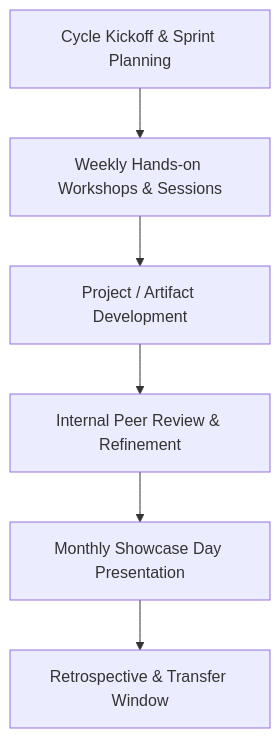
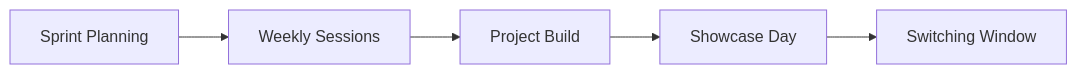
The diagram in 02-club-ecosystem/how-clubs-work.md (blxckpxnther46/Kalvium-X-Vels-Student-Clubs), drawn with Mermaid before and after one commit. The commit also changed other lines of this file and 63 other files, not shown here.

````diff
--- a/02-club-ecosystem/how-clubs-work.md
+++ b/02-club-ecosystem/how-clubs-work.md
@@ -11,8 +5,7 @@
 ```mermaid
-flowchart TD
-    A["Cycle Kickoff & Sprint Planning"] --> B["Weekly Hands-on Workshops & Sessions"]
-    B --> C["Project / Artifact Development"]
-    C --> D["Internal Peer Review & Refinement"]
-    D --> E["Monthly Showcase Day Presentation"]
-    E --> F["Retrospective & Transfer Window"]
+flowchart LR
+    A[Sprint Planning] --> B[Weekly Sessions]
+    B --> C[Project Build]
+    C --> D[Showcase Day]
+    D --> E[Switching Window]
 ```
````
